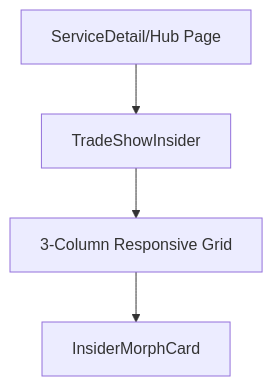
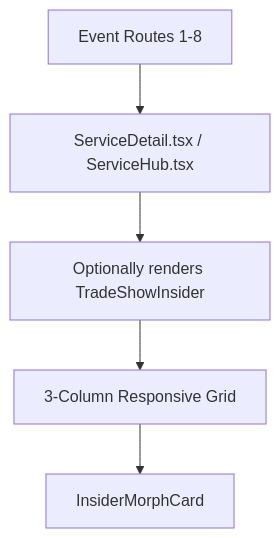
One commit to suvrashaw/b2bsa-FE changed the diagram in insider.md. Above: the diagram before and after it, drawn with Mermaid. The commit also changed other lines of this file and 3 other files, not shown here.

Commit message:
feat: add FeaturedSpotlight component to ServiceDetail template and configure for trade show booth design page

````diff
--- a/insider.md
+++ b/insider.md
@@ -11,6 +11,7 @@
 ```mermaid
 graph TD
-    Page[ServiceDetail/Hub Page] --> Section[TradeShowInsider]
-    Section --> Grid[3-Column Responsive Grid]
+    Page[Event Routes 1-8] --> Detail[ServiceDetail.tsx / ServiceHub.tsx]
+    Detail --> Template[Optionally renders TradeShowInsider]
+    Template --> Grid[3-Column Responsive Grid]
     Grid --> Card[InsiderMorphCard]
 ```
````
